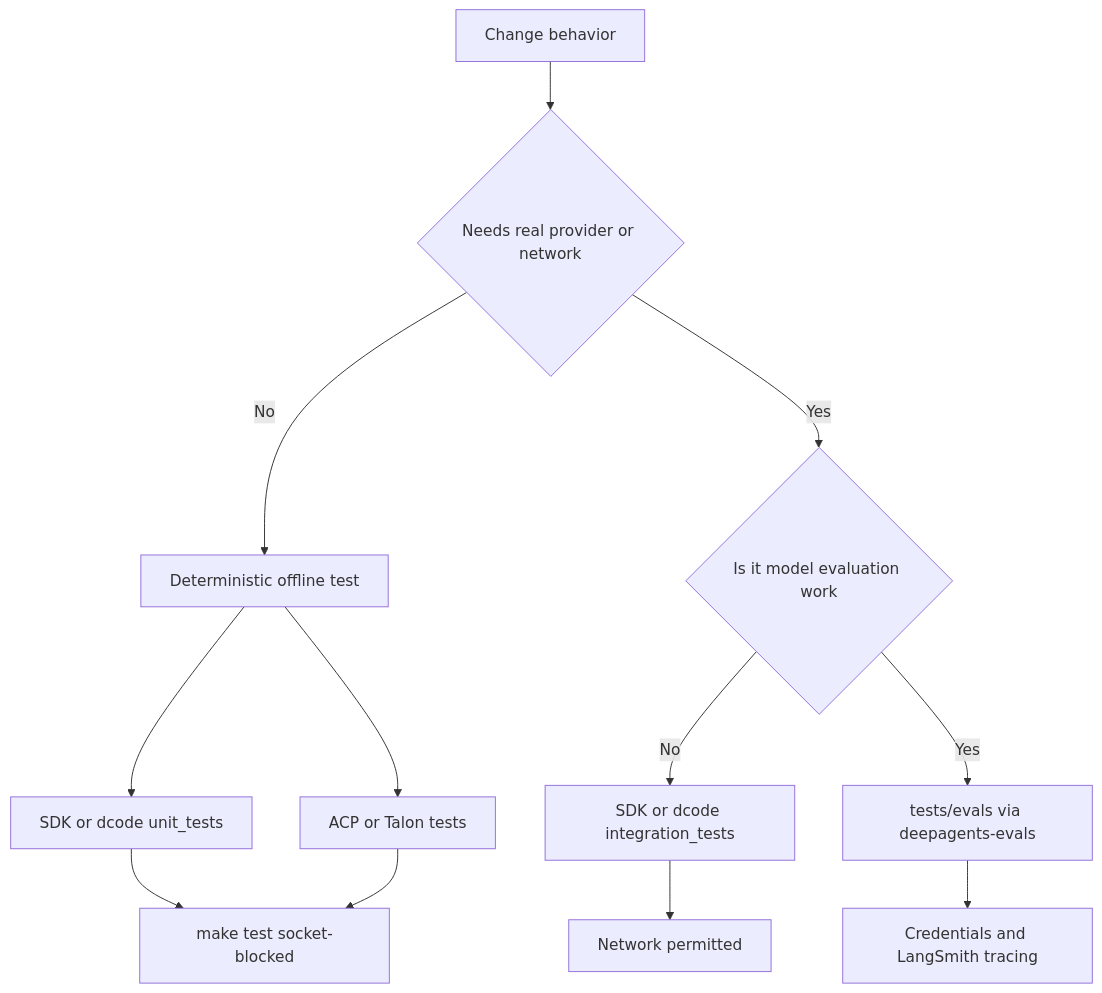
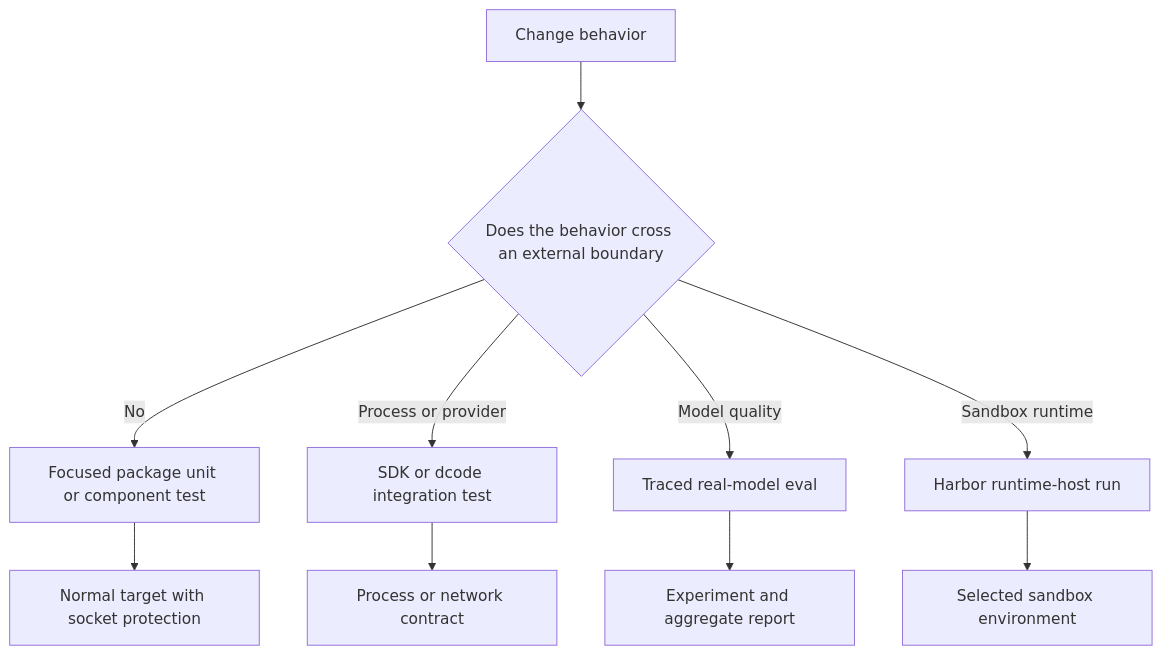
One commit to langchain-ai/deepagents changed the diagram in openwiki/testing/testing-guide.md. Above: the diagram before and after it, drawn with Mermaid. The commit also changed other lines of this file and 136 other files, not shown here.

````diff
--- a/openwiki/testing/testing-guide.md
+++ b/openwiki/testing/testing-guide.md
@@ -65,14 +75,12 @@
 ```mermaid
 flowchart TD
-    Change["Change behavior"] --> Classify{"Needs real provider or network"}
-    Classify -->|"No"| Offline["Deterministic offline test"]
-    Classify -->|"Yes"| EvalCheck{"Is it model evaluation work"}
-    Offline --> Core["SDK or dcode unit_tests"]
-    Offline --> Local["ACP or Talon tests"]
-    Core --> Blocked["make test socket-blocked"]
-    Local --> Blocked
-    EvalCheck -->|"No"| Integration["SDK or dcode integration_tests"]
-    EvalCheck -->|"Yes"| Evals["tests/evals via deepagents-evals"]
-    Integration --> Network["Network permitted"]
-    Evals --> Trace["Credentials and LangSmith tracing"]
+    Change["Change behavior"] --> External{"Does the behavior cross an external boundary"}
+    External -->|"No"| Unit["Focused package unit or component test"]
+    Unit --> Normal["Normal target with socket protection"]
+    External -->|"Process or provider"| Integration["SDK or dcode integration test"]
+    External -->|"Model quality"| EvalRun["Traced real-model eval"]
+    External -->|"Sandbox runtime"| Harbor["Harbor runtime-host run"]
+    Integration --> Contract["Process or network contract"]
+    EvalRun --> Report["Experiment and aggregate report"]
+    Harbor --> Sandbox["Selected sandbox environment"]
 ```
````
